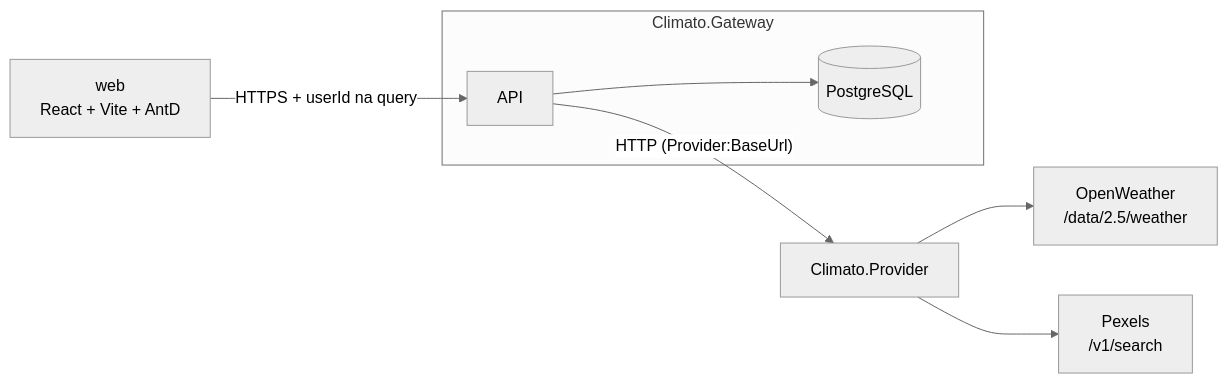
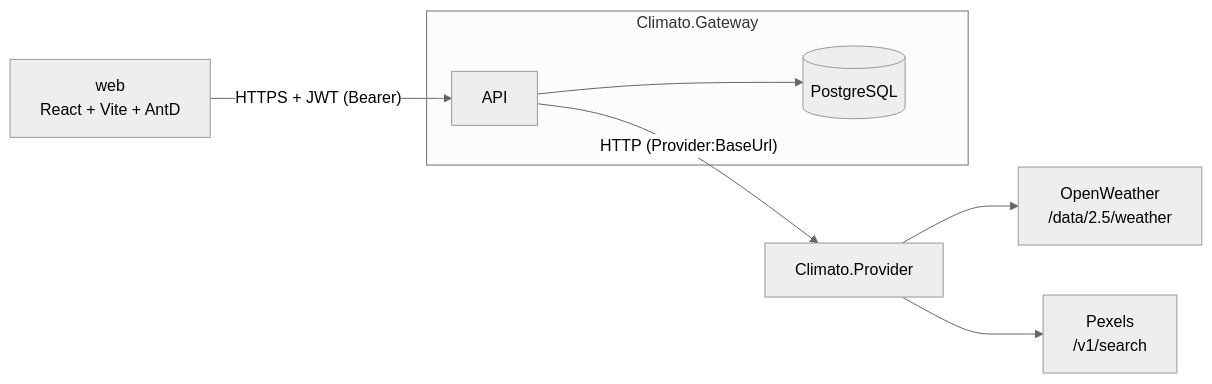
Before and after one commit to YudiKojima/Climato: the first of 2 diagrams in docs/architecture/system-design.md, drawn with Mermaid (neutral theme). The commit also changed other lines of this file and 7 other files, not shown here.

````diff
--- a/docs/architecture/system-design.md
+++ b/docs/architecture/system-design.md
@@ -9,10 +9,10 @@
 ```mermaid
 flowchart LR
-    web["web<br/>React + Vite + AntD"] -- "HTTPS + userId na query" --> gw
+    web["web<br/>React + Vite + AntD"] -- "HTTPS + JWT (Bearer)" --> gw
     subgraph Gateway["Climato.Gateway"]
         gw["API"] --> db[(PostgreSQL)]
     end
     gw -- "HTTP (Provider:BaseUrl)" --> pv["Climato.Provider"]
     pv --> ow["OpenWeather<br/>/data/2.5/weather"]
     pv --> px["Pexels<br/>/v1/search"]
 ```
````
